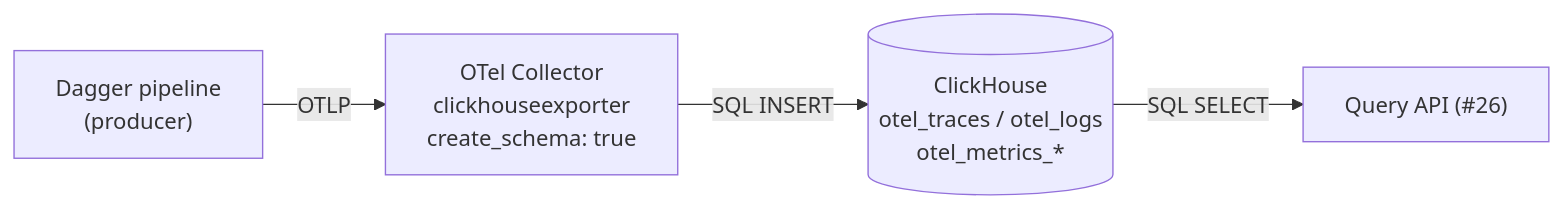
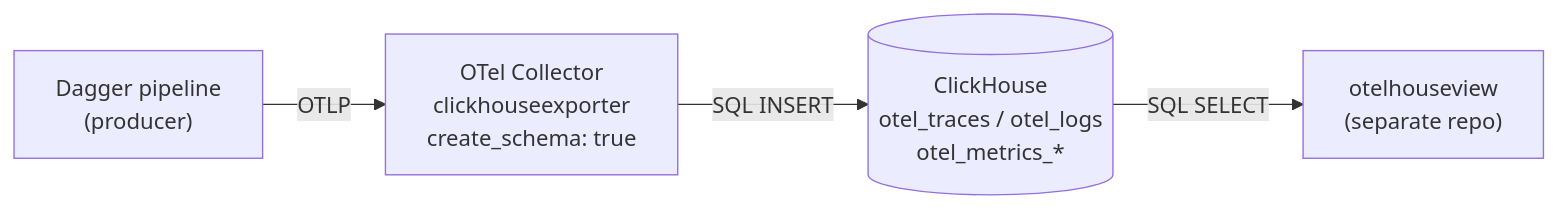
One commit to guettli/otelhouse changed the diagram in README.md. Above: the diagram before and after it, drawn with Mermaid. The commit also changed other lines of this file and 8 other files, not shown here.

````diff
--- a/README.md
+++ b/README.md
@@ -112,11 +119,11 @@
 ```mermaid
 flowchart LR
     Dagger["Dagger pipeline<br/>(producer)"]
     Collector["OTel Collector<br/>clickhouseexporter<br/>create_schema: true"]
     CH[("ClickHouse<br/>otel_traces / otel_logs<br/>otel_metrics_*")]
-    API["Query API (#26)"]
+    View["otelhouseview<br/>(separate repo)"]
 
     Dagger -- OTLP --> Collector
     Collector -- SQL INSERT --> CH
-    CH -- SQL SELECT --> API
+    CH -- SQL SELECT --> View
 ```
````
